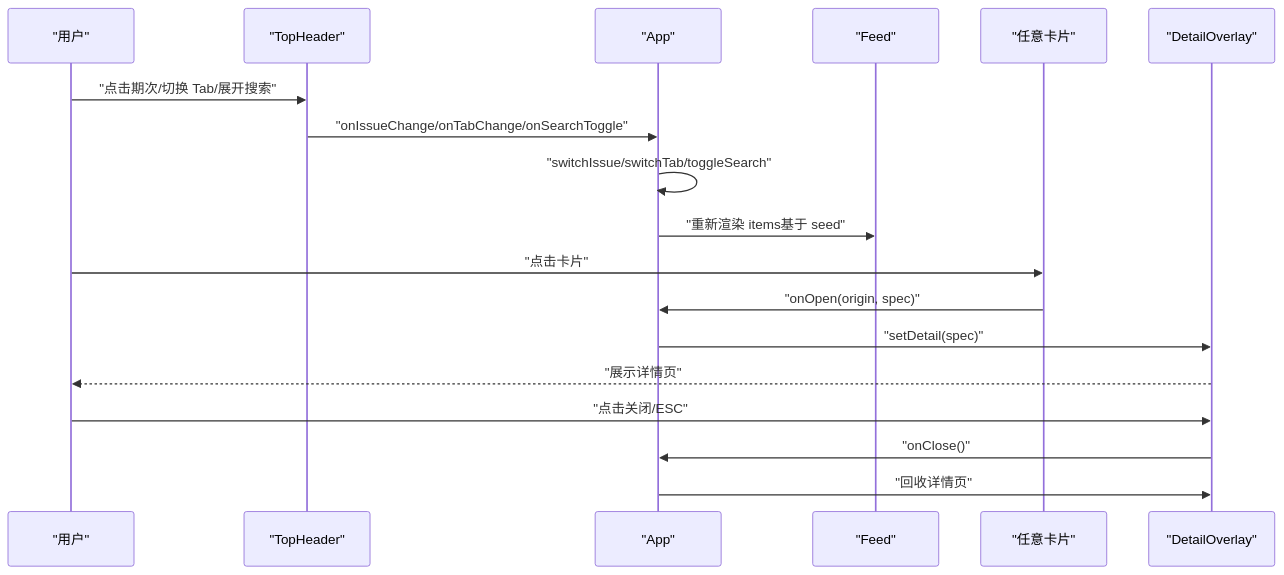
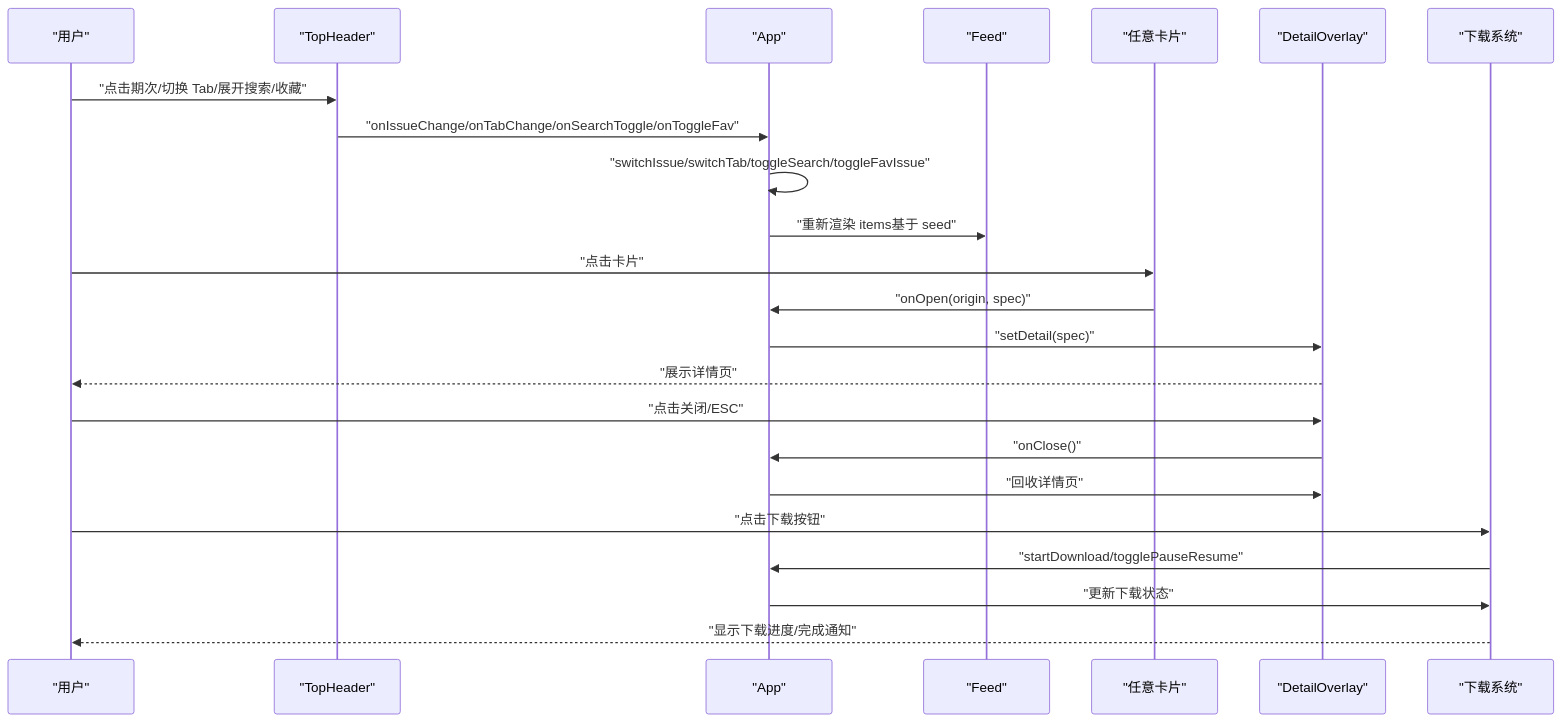
The fourth of 5 diagrams in .qoder/repowiki/zh/content/核心组件系统/核心组件系统.md (billye220670/newSquare), drawn with Mermaid before and after one commit. The commit also changed other lines of this file and 14 other files, not shown here.

````diff
--- a/.qoder/repowiki/zh/content/核心组件系统/核心组件系统.md
+++ b/.qoder/repowiki/zh/content/核心组件系统/核心组件系统.md
@@ -375,20 +506,25 @@
 ```mermaid
 sequenceDiagram
 participant U as "用户"
 participant TH as "TopHeader"
 participant APP as "App"
 participant FEED as "Feed"
 participant CARD as "任意卡片"
 participant DET as "DetailOverlay"
-U->>TH : "点击期次/切换 Tab/展开搜索"
-TH->>APP : "onIssueChange/onTabChange/onSearchToggle"
-APP->>APP : "switchIssue/switchTab/toggleSearch"
+participant DL as "下载系统"
+U->>TH : "点击期次/切换 Tab/展开搜索/收藏"
+TH->>APP : "onIssueChange/onTabChange/onSearchToggle/onToggleFav"
+APP->>APP : "switchIssue/switchTab/toggleSearch/toggleFavIssue"
 APP->>FEED : "重新渲染 items基于 seed"
 U->>CARD : "点击卡片"
 CARD->>APP : "onOpen(origin, spec)"
 APP->>DET : "setDetail(spec)"
 DET-->>U : "展示详情页"
 U->>DET : "点击关闭/ESC"
 DET->>APP : "onClose()"
 APP->>DET : "回收详情页"
+U->>DL : "点击下载按钮"
+DL->>APP : "startDownload/togglePauseResume"
+APP->>DL : "更新下载状态"
+DL-->>U : "显示下载进度/完成通知"
 ```
````
